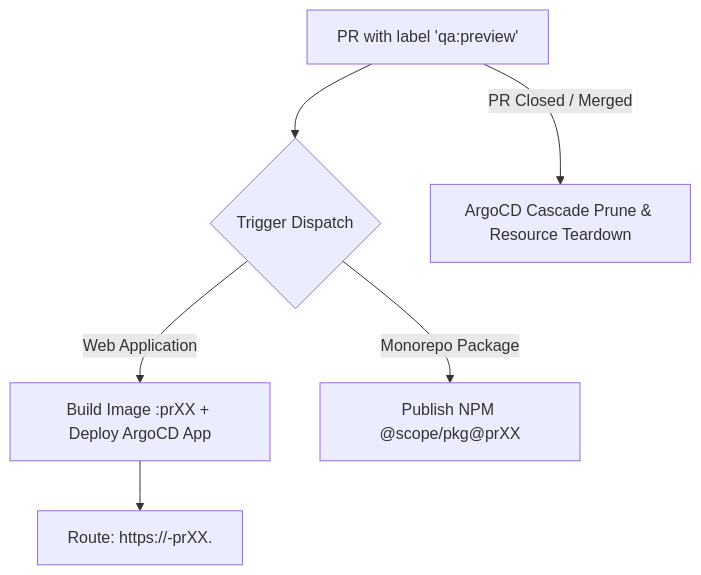
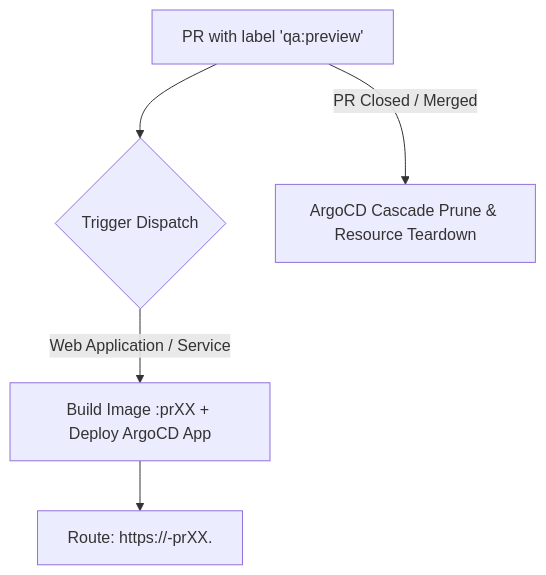
Before and after one commit to crapougnax/AGENTS.okf: the diagram in content/workflow/qa-preview-environments.md, drawn with Mermaid. The commit also changed other lines of this file and 1 other file, not shown here.

Commit message:
docs(workflow): disable package publishing for PRs on npmjs

````diff
--- a/content/workflow/qa-preview-environments.md
+++ b/content/workflow/qa-preview-environments.md
@@ -24,8 +24,7 @@
 ```mermaid
 flowchart TD
     PR["PR with label 'qa:preview'"] --> Trigger{"Trigger Dispatch"}
-    Trigger -->|Web Application| Deploy["Build Image :prXX + Deploy ArgoCD App"]
+    Trigger -->|Web Application / Service| Deploy["Build Image :prXX + Deploy ArgoCD App"]
     Deploy --> URL["Route: https://<app>-prXX.<domain>"]
-    Trigger -->|Monorepo Package| Publish["Publish NPM @scope/pkg@prXX"]
     PR -->|PR Closed / Merged| Cleanup["ArgoCD Cascade Prune & Resource Teardown"]
 ```
````
